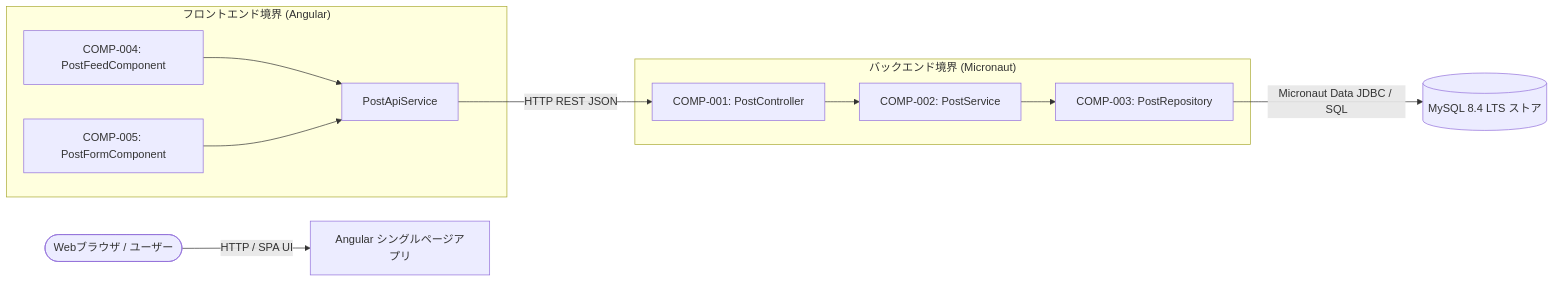
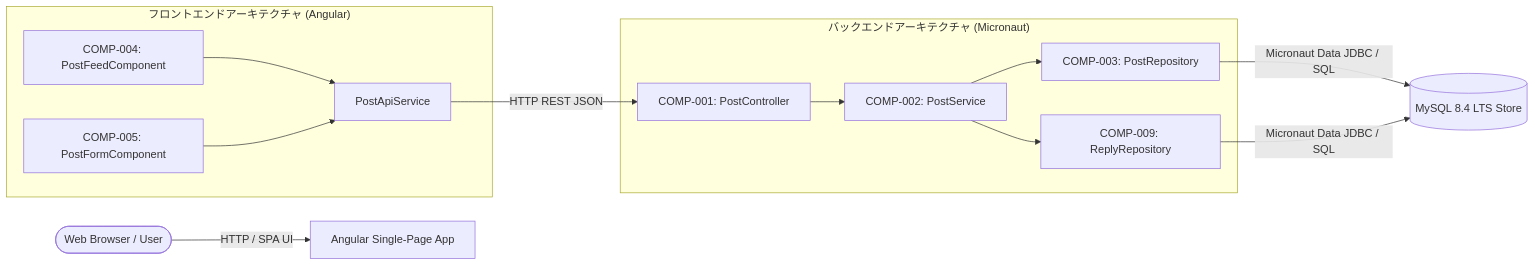
One commit to green-tea-stalk/swe-workflow-playground changed the first of 4 diagrams in docs/specs/bulletin-board/design.ja.md. Above: the diagram before and after it, drawn with Mermaid. The commit also changed other lines of this file and 5 other files, not shown here.

````diff
--- a/docs/specs/bulletin-board/design.ja.md
+++ b/docs/specs/bulletin-board/design.ja.md
@@ -19,20 +19,22 @@
 ```mermaid
 graph LR
-    Browser([Webブラウザ / ユーザー]) -->|HTTP / SPA UI| Frontend[Angular シングルページアプリ]
-    subgraph FrontendBoundary["フロントエンド境界 (Angular)"]
+    Browser([Web Browser / User]) -->|HTTP / SPA UI| Frontend[Angular Single-Page App]
+    subgraph FrontendBoundary["フロントエンドアーキテクチャ (Angular)"]
         FeedComp[COMP-004: PostFeedComponent]
         FormComp[COMP-005: PostFormComponent]
         PostClient[PostApiService]
     end
     FeedComp --> PostClient
     FormComp --> PostClient
 
     PostClient -->|HTTP REST JSON| Controller[COMP-001: PostController]
 
-    subgraph BackendBoundary["バックエンド境界 (Micronaut)"]
+    subgraph BackendBoundary["バックエンドアーキテクチャ (Micronaut)"]
         Controller --> Service[COMP-002: PostService]
-        Service --> Repo[COMP-003: PostRepository]
+        Service --> PostRepo[COMP-003: PostRepository]
+        Service --> ReplyRepo[COMP-009: ReplyRepository]
     end
 
-    Repo -->|Micronaut Data JDBC / SQL| DB[(MySQL 8.4 LTS ストア)]
+    PostRepo -->|Micronaut Data JDBC / SQL| DB[(MySQL 8.4 LTS Store)]
+    ReplyRepo -->|Micronaut Data JDBC / SQL| DB
 ```
````
